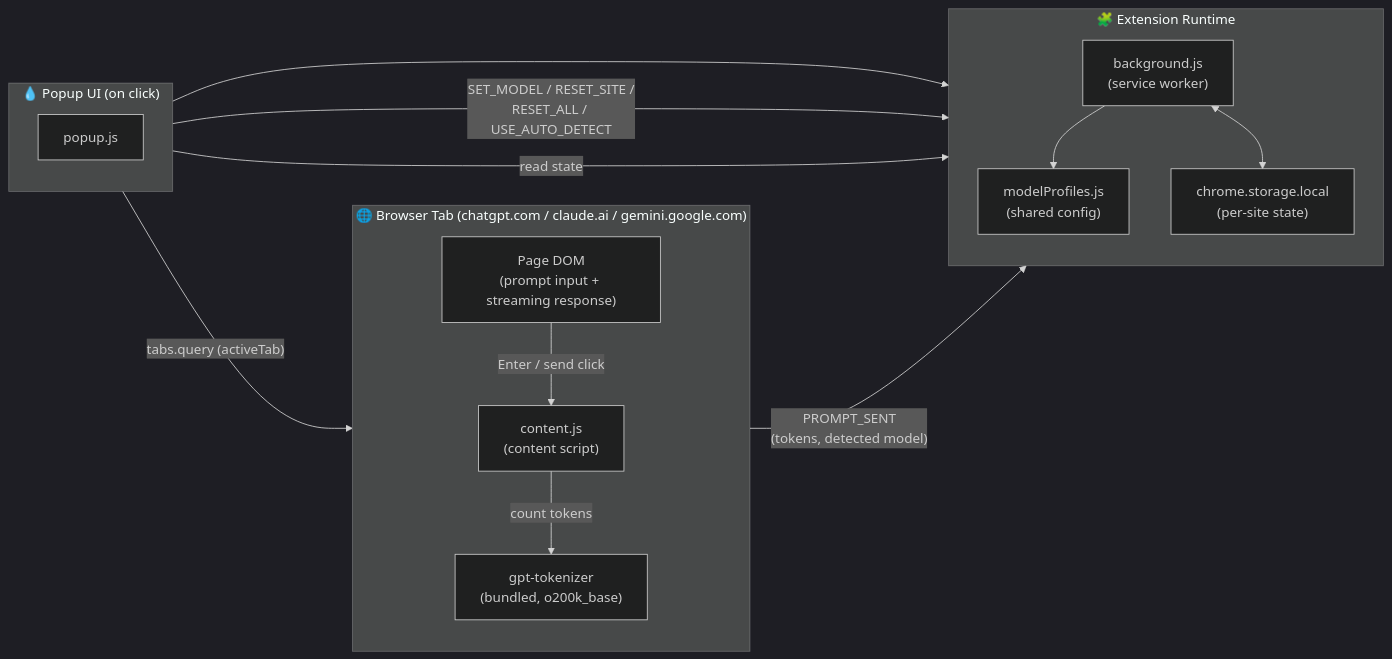
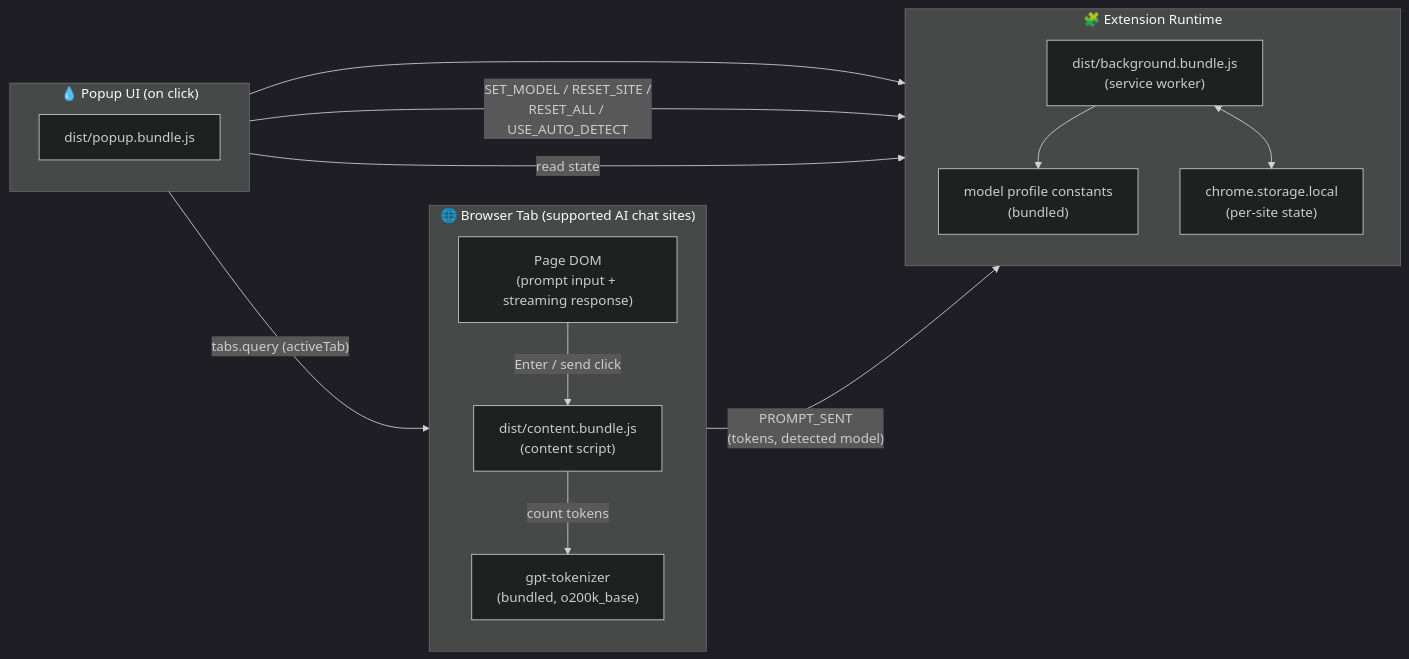
One commit to ayush60728/AquaTrace changed the diagram in README.md. Above: the diagram before and after it, drawn with Mermaid (dark theme). The commit also changed other lines of this file and 15 other files, not shown here.

````diff
--- a/README.md
+++ b/README.md
@@ -7,35 +7,35 @@
 ```mermaid
 graph LR
     %% ── Browser Tab ──────────────────────────────────────
-    subgraph TAB["🌐 Browser Tab (chatgpt.com / claude.ai / gemini.google.com)"]
+    subgraph TAB["🌐 Browser Tab (supported AI chat sites)"]
         direction TB
         DOM["Page DOM\n(prompt input + streaming response)"]
-        CS["content.js\n(content script)"]
+        CS["dist/content.bundle.js\n(content script)"]
         TOK["gpt-tokenizer\n(bundled, o200k_base)"]
         DOM -->|"Enter / send click"| CS
         CS -->|"count tokens"| TOK
     end
 
     %% ── Extension Runtime ────────────────────────────────
     subgraph EXT["🧩 Extension Runtime"]
         direction TB
-        BG["background.js\n(service worker)"]
-        CFG["modelProfiles.js\n(shared config)"]
+        BG["dist/background.bundle.js\n(service worker)"]
+        CFG["model profile constants\n(bundled)"]
         STORE["chrome.storage.local\n(per-site state)"]
         BG --> CFG
         BG <--> STORE
     end
 
     %% ── Popup UI ─────────────────────────────────────────
     subgraph POPUP["💧 Popup UI (on click)"]
         direction TB
-        UI["popup.js"]
+        UI["dist/popup.bundle.js"]
         UI --> CFG
     end
 
     %% ── Flows ────────────────────────────────────────────
     CS -->|"PROMPT_SENT\n(tokens, detected model)"| BG
     UI -->|"SET_MODEL / RESET_SITE /\nRESET_ALL / USE_AUTO_DETECT"| BG
     UI -->|"tabs.query (activeTab)"| TAB
     UI -->|"read state"| STORE
 ```
````
